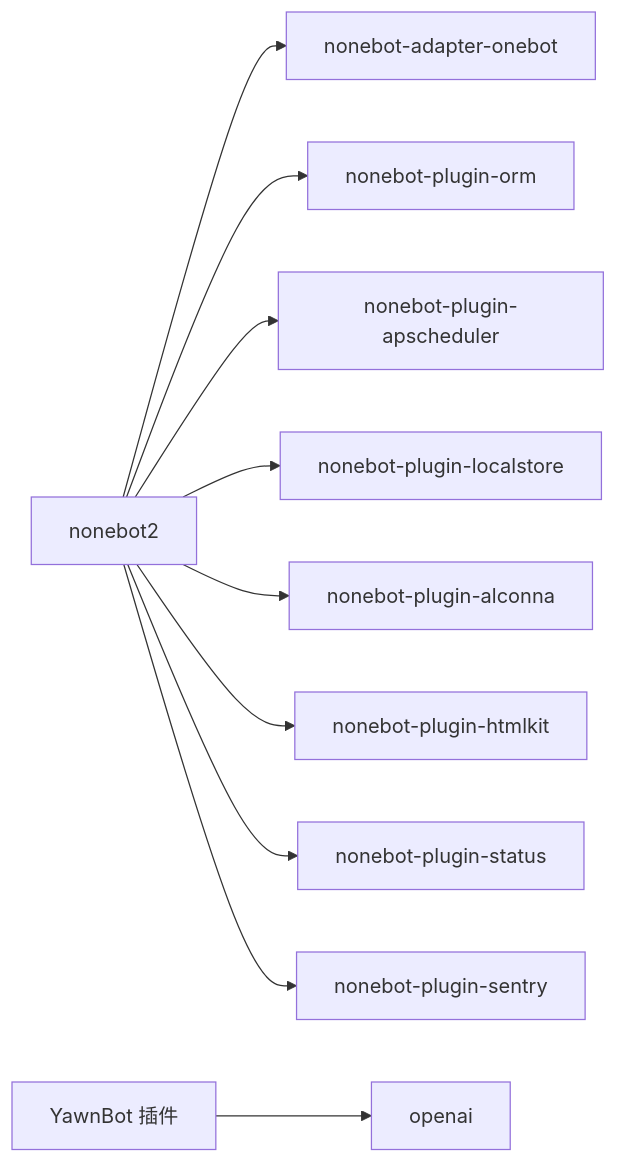
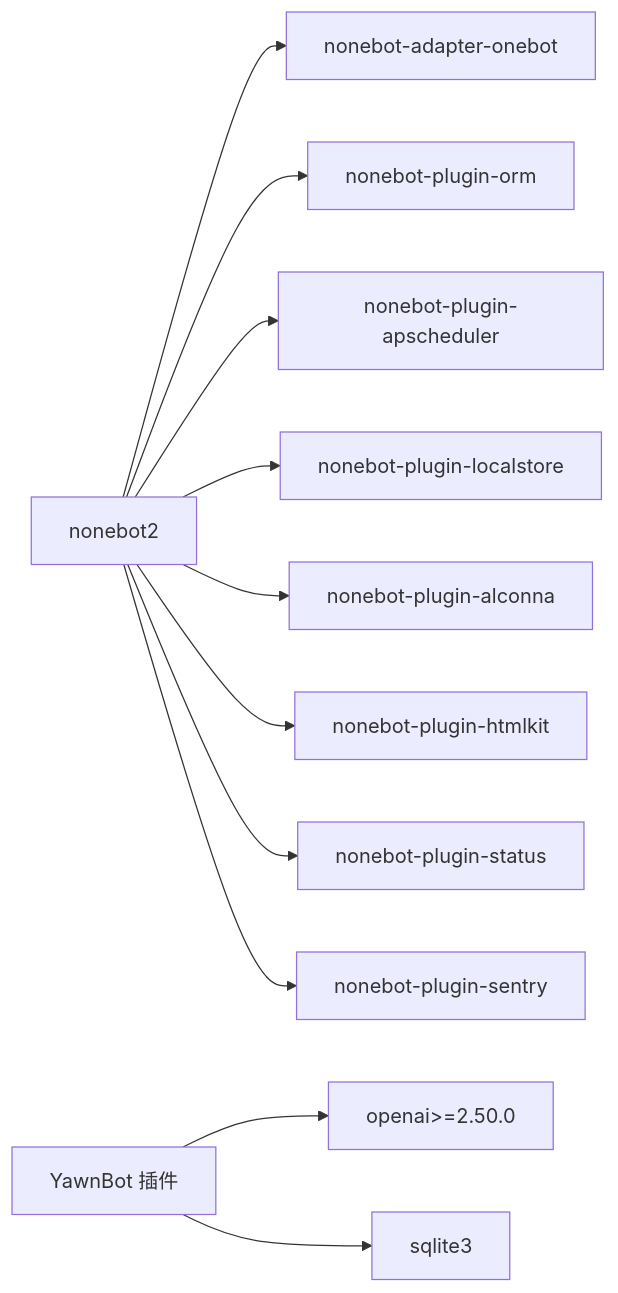
One commit to Wohaokunr/yawn_bot changed the sixth of 6 diagrams in .qoder/repowiki/zh/content/核心功能模块/AI功能集成.md. Above: the diagram before and after it, drawn with Mermaid. The commit also changed other lines of this file and 28 other files, not shown here.

````diff
--- a/.qoder/repowiki/zh/content/核心功能模块/AI功能集成.md
+++ b/.qoder/repowiki/zh/content/核心功能模块/AI功能集成.md
@@ -364,12 +366,13 @@
 ```mermaid
 graph LR
 NB["nonebot2"] --> ONEBOT["nonebot-adapter-onebot"]
 NB --> ORM["nonebot-plugin-orm"]
 NB --> APS["nonebot-plugin-apscheduler"]
 NB --> LOCAL["nonebot-plugin-localstore"]
 NB --> ALCONNA["nonebot-plugin-alconna"]
 NB --> HTML["nonebot-plugin-htmlkit"]
 NB --> STATUS["nonebot-plugin-status"]
 NB --> SENTRY["nonebot-plugin-sentry"]
-APP["YawnBot 插件"] --> OPENAI["openai"]
+APP["YawnBot 插件"] --> OPENAI["openai>=2.50.0"]
+APP --> SQLITE["sqlite3"]
 ```
````
